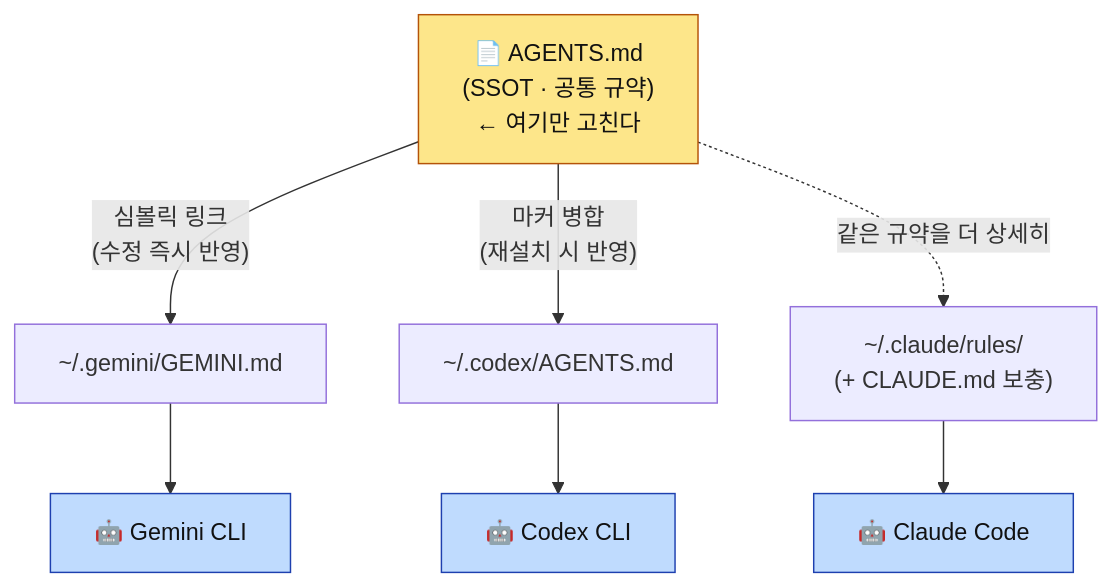
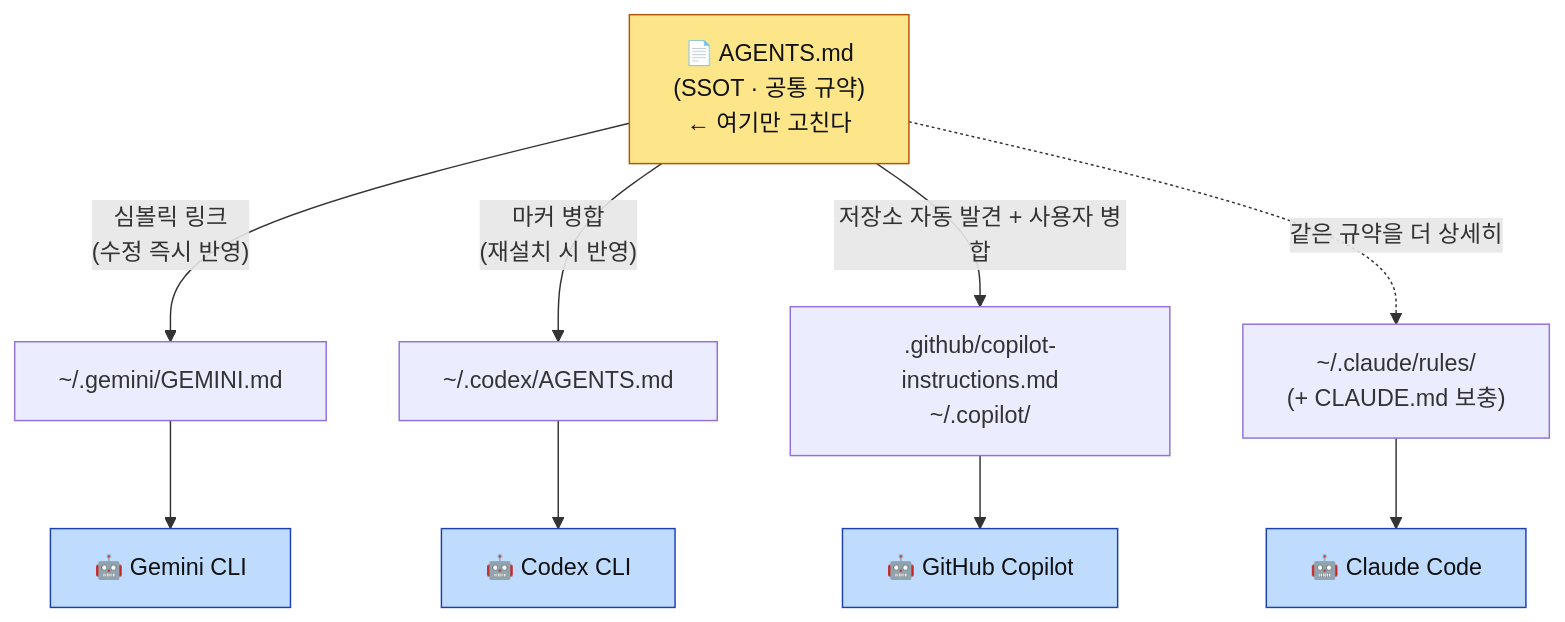
The first of 2 diagrams in docs/MULTI-CLI.md (jomarusoup/Arachne), drawn with Mermaid before and after one commit. The commit also changed other lines of this file and 14 other files, not shown here.

````diff
--- a/docs/MULTI-CLI.md
+++ b/docs/MULTI-CLI.md
@@ -17,15 +17,17 @@
 ```mermaid
 graph TD
     SSOT["📄 AGENTS.md<br/>(SSOT · 공통 규약)<br/>← 여기만 고친다"]
     SSOT -->|"심볼릭 링크<br/>(수정 즉시 반영)"| GFILE["~/.gemini/GEMINI.md"]
     SSOT -->|"마커 병합<br/>(재설치 시 반영)"| CFILE["~/.codex/AGENTS.md"]
+    SSOT -->|"저장소 자동 발견 + 사용자 병합"| PFILE[".github/copilot-instructions.md<br/>~/.copilot/"]
     SSOT -.->|"같은 규약을 더 상세히"| RULES["~/.claude/rules/<br/>(+ CLAUDE.md 보충)"]
     GFILE --> GEMINI["🤖 Gemini CLI"]
     CFILE --> CODEX["🤖 Codex CLI"]
+    PFILE --> COPILOT["🤖 GitHub Copilot"]
     RULES --> CLAUDE["🤖 Claude Code"]
 
     classDef ssot fill:#fde68a,stroke:#b45309,color:#111;
     classDef tool fill:#bfdbfe,stroke:#1e40af,color:#111;
     class SSOT ssot;
-    class GEMINI,CODEX,CLAUDE tool;
+    class GEMINI,CODEX,COPILOT,CLAUDE tool;
 ```
````
